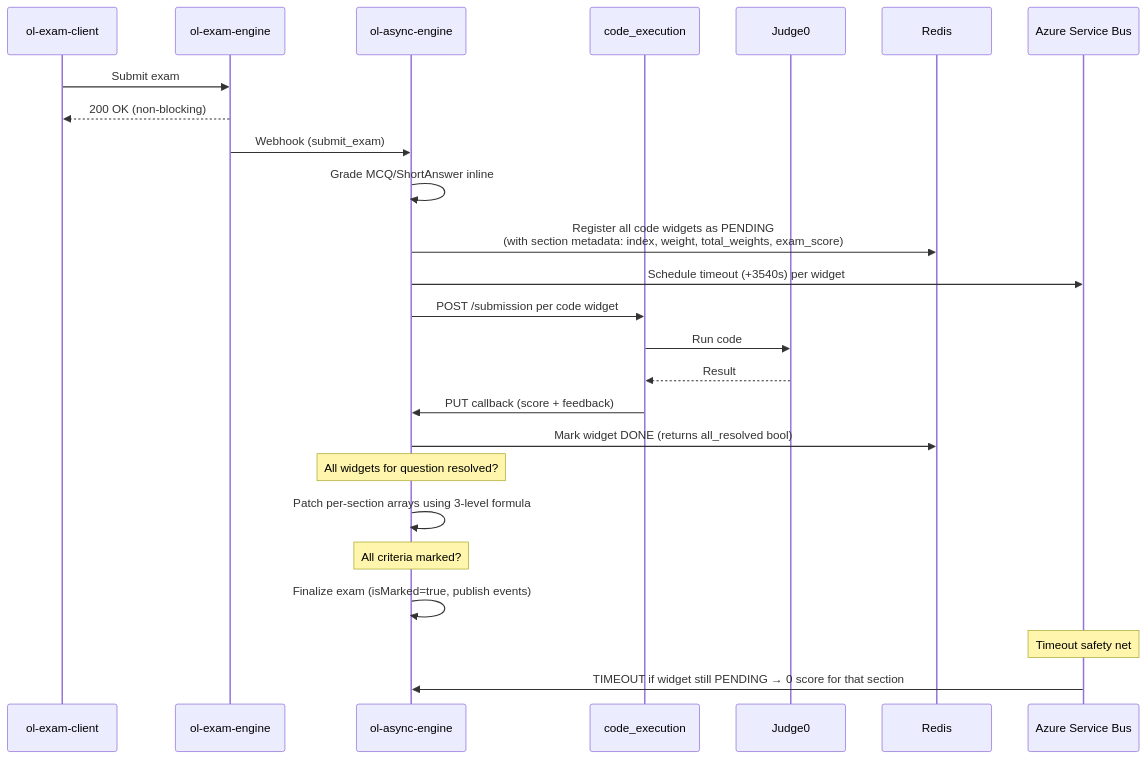
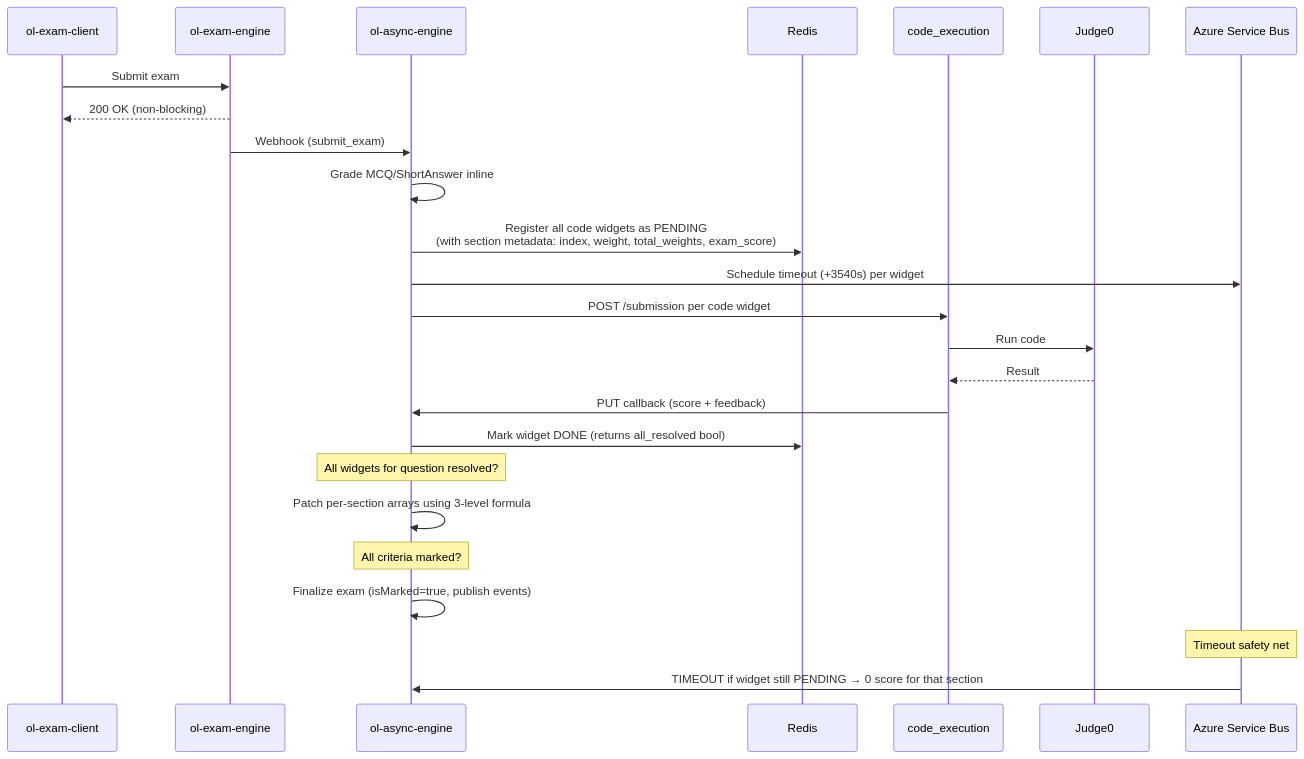
The first of 2 diagrams in plans/plan.md (kevinprakasa/ol-pi-setup), drawn with Mermaid before and after one commit. The commit also changed other lines of this file and 5 other files, not shown here.

````diff
--- a/plans/plan.md
+++ b/plans/plan.md
@@ -51,32 +51,32 @@
 ```mermaid
 sequenceDiagram
     participant Student as ol-exam-client
     participant ExamEngine as ol-exam-engine
     participant AsyncEngine as ol-async-engine
+    participant Redis
     participant CodeExec as code_execution
     participant Judge0
-    participant Redis
     participant ServiceBus as Azure Service Bus
 
     Student->>ExamEngine: Submit exam
     ExamEngine-->>Student: 200 OK (non-blocking)
     ExamEngine->>AsyncEngine: Webhook (submit_exam)
 
     AsyncEngine->>AsyncEngine: Grade MCQ/ShortAnswer inline
     AsyncEngine->>Redis: Register all code widgets as PENDING<br/>(with section metadata: index, weight, total_weights, exam_score)
     AsyncEngine->>ServiceBus: Schedule timeout (+3540s) per widget
     AsyncEngine->>CodeExec: POST /submission per code widget
 
     CodeExec->>Judge0: Run code
     Judge0-->>CodeExec: Result
     CodeExec->>AsyncEngine: PUT callback (score + feedback)
 
     AsyncEngine->>Redis: Mark widget DONE (returns all_resolved bool)
     Note over AsyncEngine: All widgets for question resolved?
     AsyncEngine->>AsyncEngine: Patch per-section arrays using 3-level formula
     Note over AsyncEngine: All criteria marked?
     AsyncEngine->>AsyncEngine: Finalize exam (isMarked=true, publish events)
 
     Note over ServiceBus: Timeout safety net
     ServiceBus->>AsyncEngine: TIMEOUT if widget still PENDING → 0 score for that section
 ```
````
